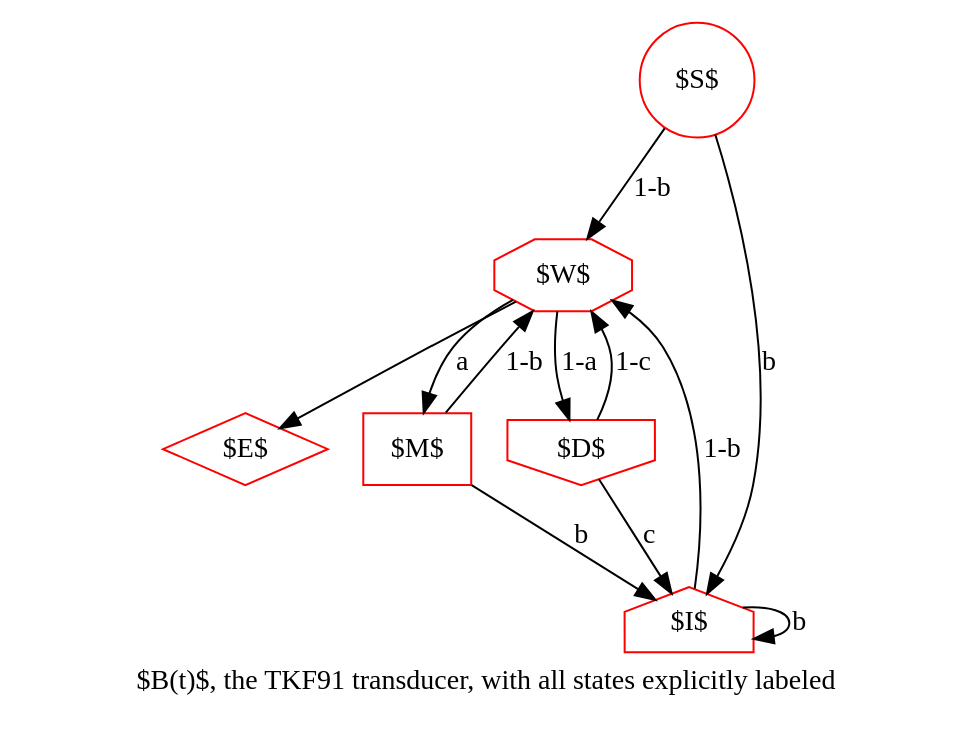
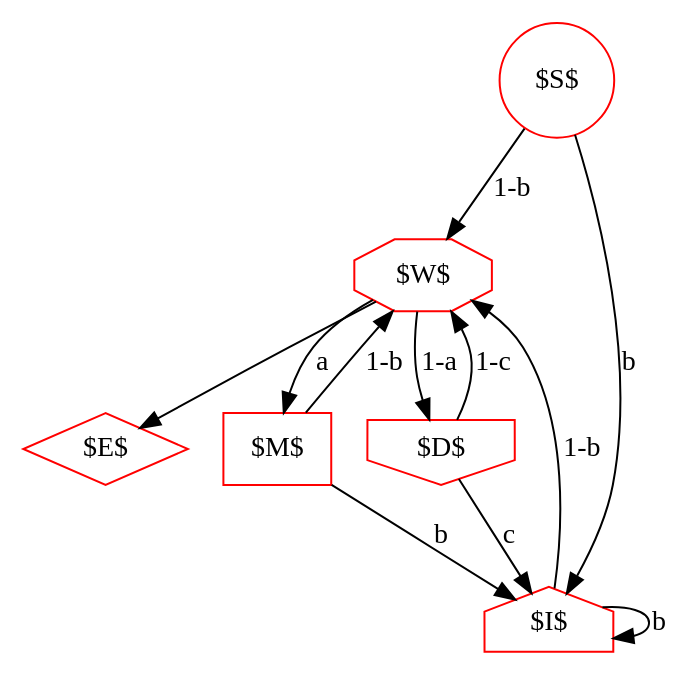
Before and after one commit to ihh/transducer-tutorial: the diagram in tkf91-labeled.dot, drawn with Graphviz. The commit also changed 35 other files, not shown here.

Commit message:
Moving to automatic generation of state diagrams

```diff
--- a/tkf91-labeled.dot
+++ b/tkf91-labeled.dot
@@ -1,29 +1,29 @@
 digraph G {
 
     S [label="$S$", shape=circle, color=red];
     E [label="$E$", shape=diamond, color=red];
 
     W [label="$W$", shape=octagon, color=red];
 
     I [label="$I$", shape=house, color=red];
     M [label="$M$", shape=rect, color=red];
     D [label="$D$", shape=invhouse, color=red];
 
 S->I [label=b];
 S->W [label="1-b"];
 
 M->I [label=b];
 M->W [label="1-b"];
 
 D->I [label=c];
 D->W [label="1-c"];
 
 I->I [label=b];
 I->W [label="1-b"];
 
 W->E;
 W->M [label=a];
 W->D [label="1-a"];
 
-    label="$B(t)$, the TKF91 transducer, with all states explicitly labeled";
+
 }
```
